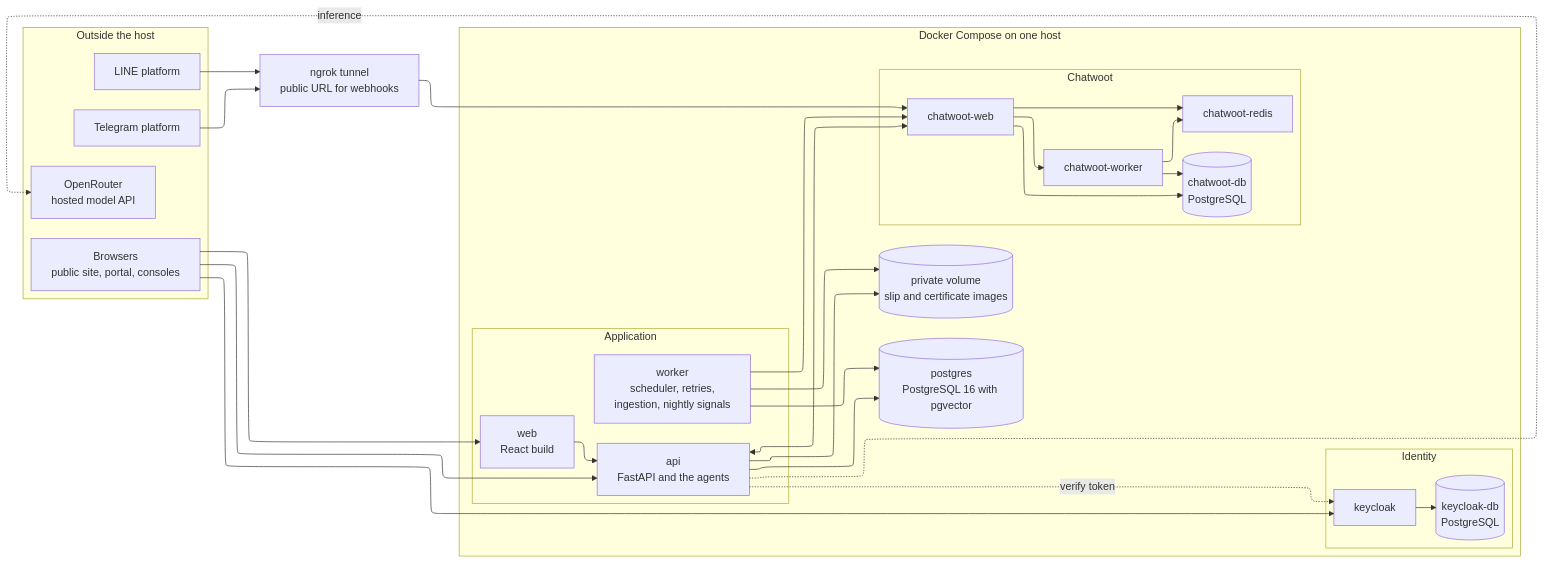
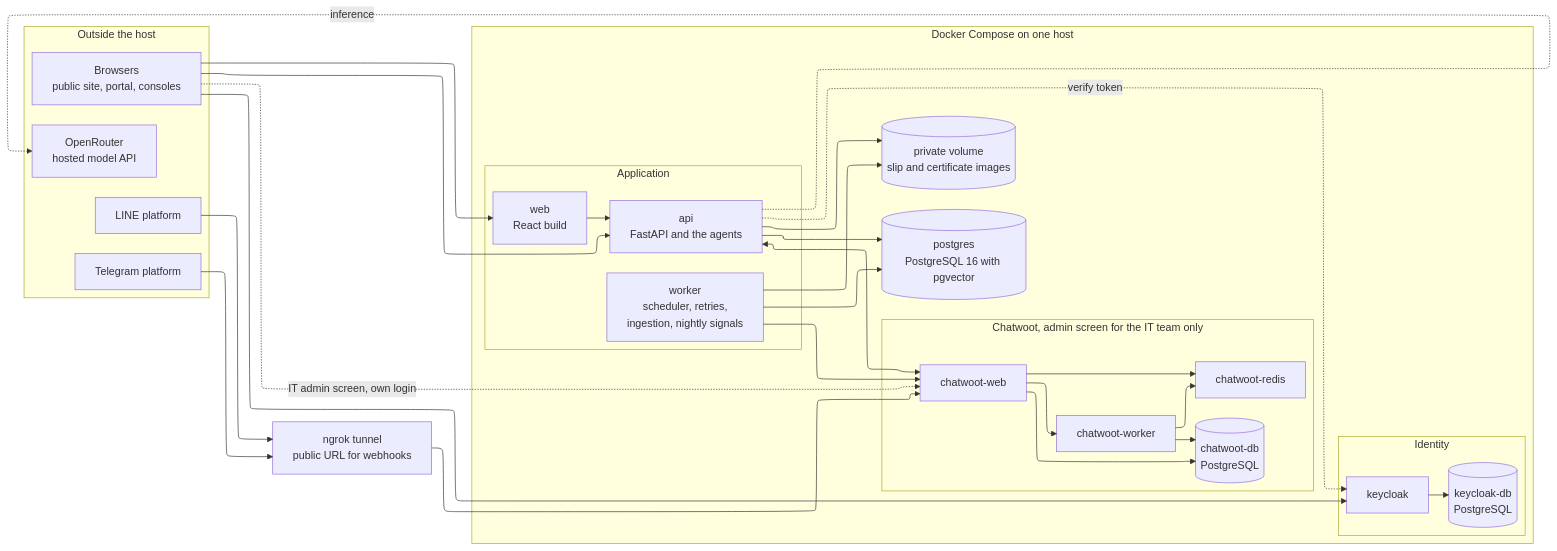
The diagram in design/diagrams/10_deployment.mmd (SaiWaiYanLynn/smart-university-website), drawn with Mermaid before and after one commit. The commit also changed 29 other files, not shown here.

Commit message:
Updated diagrams for supervisor with sub-agents and the new staff and instructor pages

```diff
--- a/design/diagrams/10_deployment.mmd
+++ b/design/diagrams/10_deployment.mmd
@@ -1,55 +1,56 @@
 ---
 config:
   layout: elk
 ---
 flowchart LR
   subgraph Outside["Outside the host"]
     BR["Browsers<br/>public site, portal, consoles"]
     LINEP["LINE platform"]
     TGP["Telegram platform"]
     ORP["OpenRouter<br/>hosted model API"]
   end
 
   NG["ngrok tunnel<br/>public URL for webhooks"]
 
   subgraph Host["Docker Compose on one host"]
     subgraph App["Application"]
       WEB["web<br/>React build"]
       API["api<br/>FastAPI and the agents"]
       WRK["worker<br/>scheduler, retries,<br/>ingestion, nightly signals"]
     end
-    subgraph Chat["Chatwoot"]
+    subgraph Chat["Chatwoot, admin screen for the IT team only"]
       CWW["chatwoot-web"]
       CWK["chatwoot-worker"]
       CWR["chatwoot-redis"]
       CWD[("chatwoot-db<br/>PostgreSQL")]
     end
     subgraph Ident["Identity"]
       KC["keycloak"]
       KCD[("keycloak-db<br/>PostgreSQL")]
     end
     PG[("postgres<br/>PostgreSQL 16 with pgvector")]
     VOL[("private volume<br/>slip and certificate images")]
   end
 
   BR --> WEB
   BR --> API
   BR --> KC
+  BR -. "IT admin screen, own login" .-> CWW
   WEB --> API
   API -. verify token .-> KC
   KC --> KCD
   API --> PG
   WRK --> PG
   API --> VOL
   WRK --> VOL
   API <--> CWW
   WRK --> CWW
   CWW --> CWK
   CWW --> CWR
   CWW --> CWD
   CWK --> CWR
   CWK --> CWD
   LINEP --> NG
   TGP --> NG
   NG --> CWW
   API -. inference .-> ORP
```
